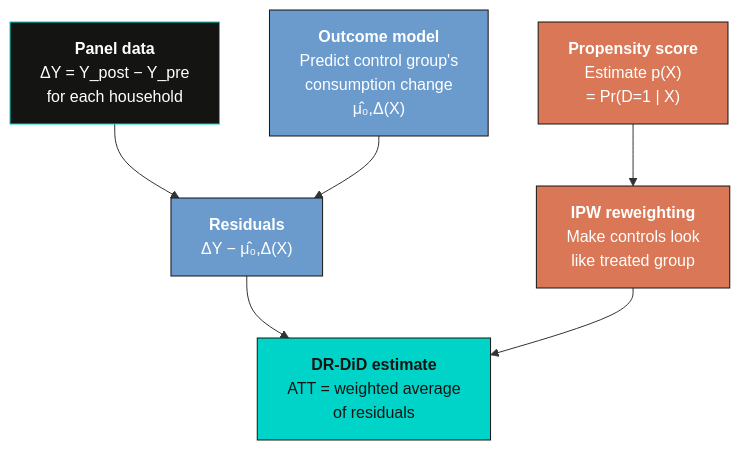
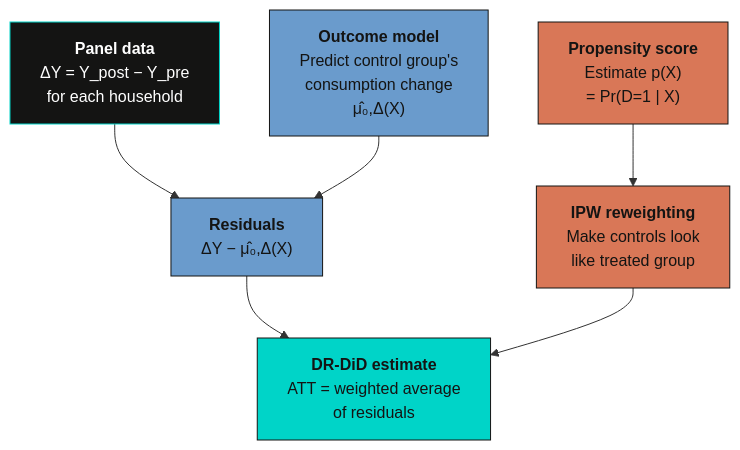
One commit to cmg777/starter-academic-v501 changed the eighth of 8 diagrams in content/post/stata_rct/index.md. Above: the diagram before and after it, drawn with Mermaid. The commit also changed other lines of this file and 67 other files, not shown here.

First line of the commit message:
fix(mermaid): readable diagram text in both themes across the site

````diff
--- a/content/post/stata_rct/index.md
+++ b/content/post/stata_rct/index.md
@@ -1197,22 +1197,22 @@
 ```mermaid
 graph TD
     DY["<b>Panel data</b><br/>ΔY = Y_post − Y_pre<br/>for each household"]
     OR["<b>Outcome model</b><br/>Predict control group's<br/>consumption change<br/>μ̂₀,Δ(X)"]
     PS["<b>Propensity score</b><br/>Estimate p(X)<br/>= Pr(D=1 | X)"]
     RES["<b>Residuals</b><br/>ΔY − μ̂₀,Δ(X)"]
     IPW_W["<b>IPW reweighting</b><br/>Make controls look<br/>like treated group"]
     DRDID["<b>DR-DiD estimate</b><br/>ATT = weighted average<br/>of residuals"]
 
     DY --> RES
     OR --> RES
     PS --> IPW_W
     RES --> DRDID
     IPW_W --> DRDID
 
     style DY fill:#141413,stroke:#00d4c8,color:#fff
-    style OR fill:#6a9bcc,stroke:#141413,color:#fff
-    style PS fill:#d97757,stroke:#141413,color:#fff
-    style RES fill:#6a9bcc,stroke:#141413,color:#fff
-    style IPW_W fill:#d97757,stroke:#141413,color:#fff
+    style OR fill:#6a9bcc,stroke:#141413,color:#141413
+    style PS fill:#d97757,stroke:#141413,color:#141413
+    style RES fill:#6a9bcc,stroke:#141413,color:#141413
+    style IPW_W fill:#d97757,stroke:#141413,color:#141413
     style DRDID fill:#00d4c8,stroke:#141413,color:#141413
 ```
````
